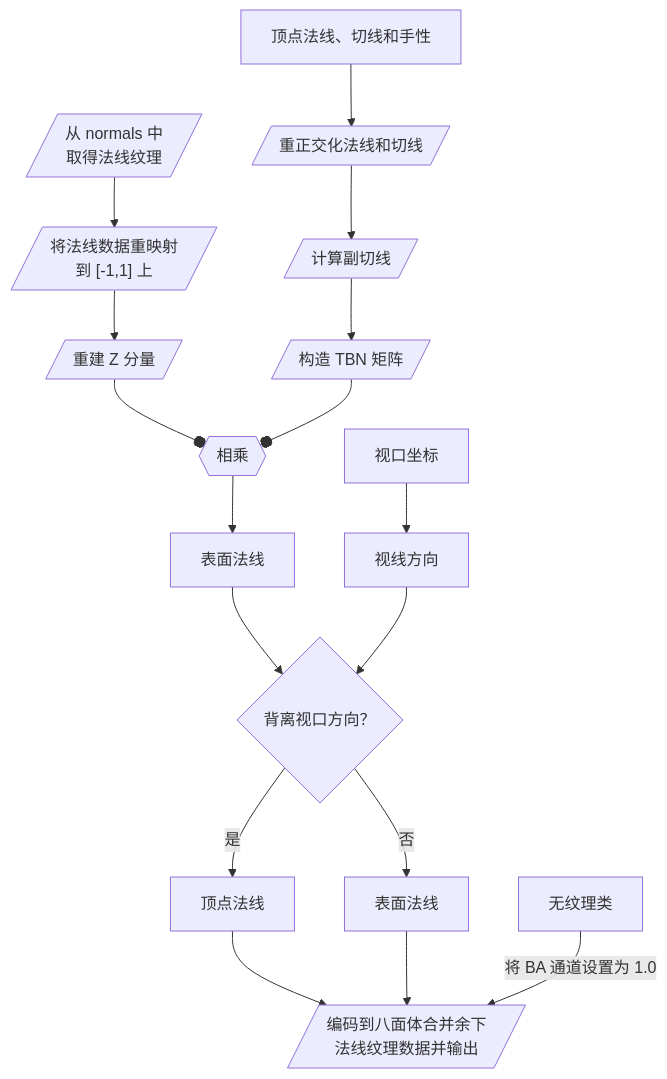
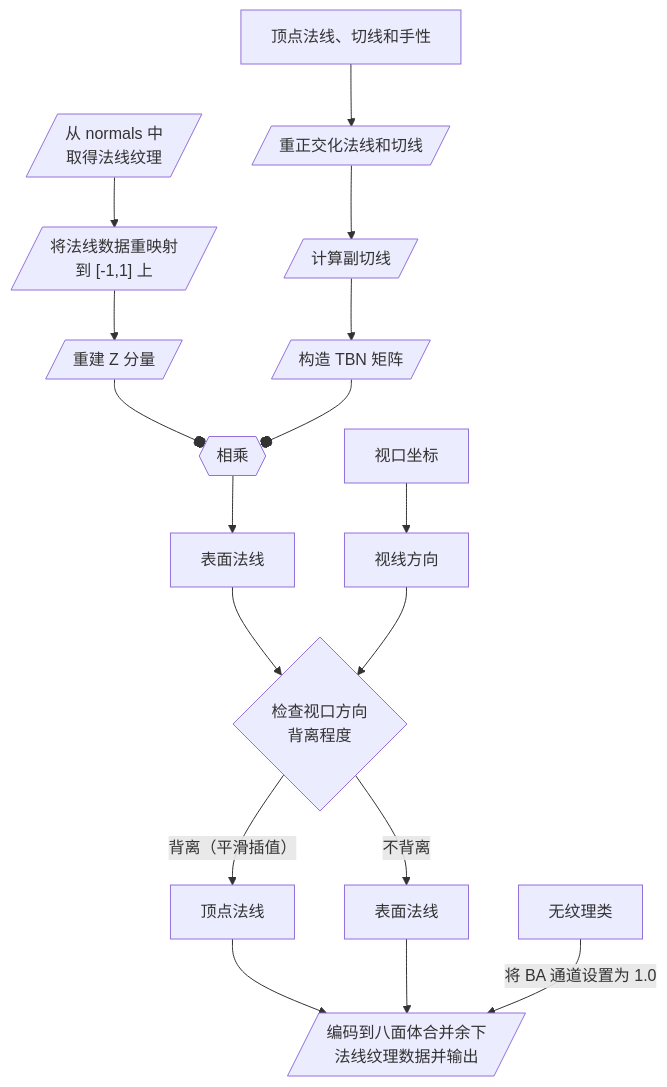
Before and after one commit to MineGraphCN/MGC_Docs: the first of 4 diagrams in Writerside/topics/Developer/Tutorial/Shader/2-3-1-advancedLighting.md, drawn with Mermaid. The commit also changed other lines of this file and 8 other files, not shown here.

````diff
--- a/Writerside/topics/Developer/Tutorial/Shader/2-3-1-advancedLighting.md
+++ b/Writerside/topics/Developer/Tutorial/Shader/2-3-1-advancedLighting.md
@@ -720,25 +726,26 @@
 ```mermaid
 flowchart TD
     out["顶点法线、切线和手性"]
     out2[视口坐标] --> in[视线方向]
     T1[/"`从 normals 中
     取得法线纹理`"/] --> T2
     T2[/"`将法线数据重映射
     到 [-1,1] 上`"/] --> T3
     T3[/重建 Z 分量/]
     TBN1[/"重正交化法线和切线"/] --> TBN2
     TBN2[/"计算副切线"/] --> TBN3
     TBN3[/"构造 TBN 矩阵"/]
-    CVS{"背离视口方向？"}
+    CVS{"检查视口方向
+    背离程度"}
     YES[顶点法线]
     NO[表面法线]
     T3 --o MUL{{相乘}} --> SN[表面法线] --> CVS
     TBN3 --o MUL
-    CVS -- 是 --> YES
-    CVS -- 否 --> NO
+    CVS -- 背离（平滑插值） --> YES
+    CVS -- 不背离 --> NO
     out --> TBN1
     in --> CVS
     YES & NO --> EW[/"编码到八面体合并余下
     法线纹理数据并输出"/]
     TL[无纹理类] -- 将 BA 通道设置为 1.0 --> EW
 ```
````
